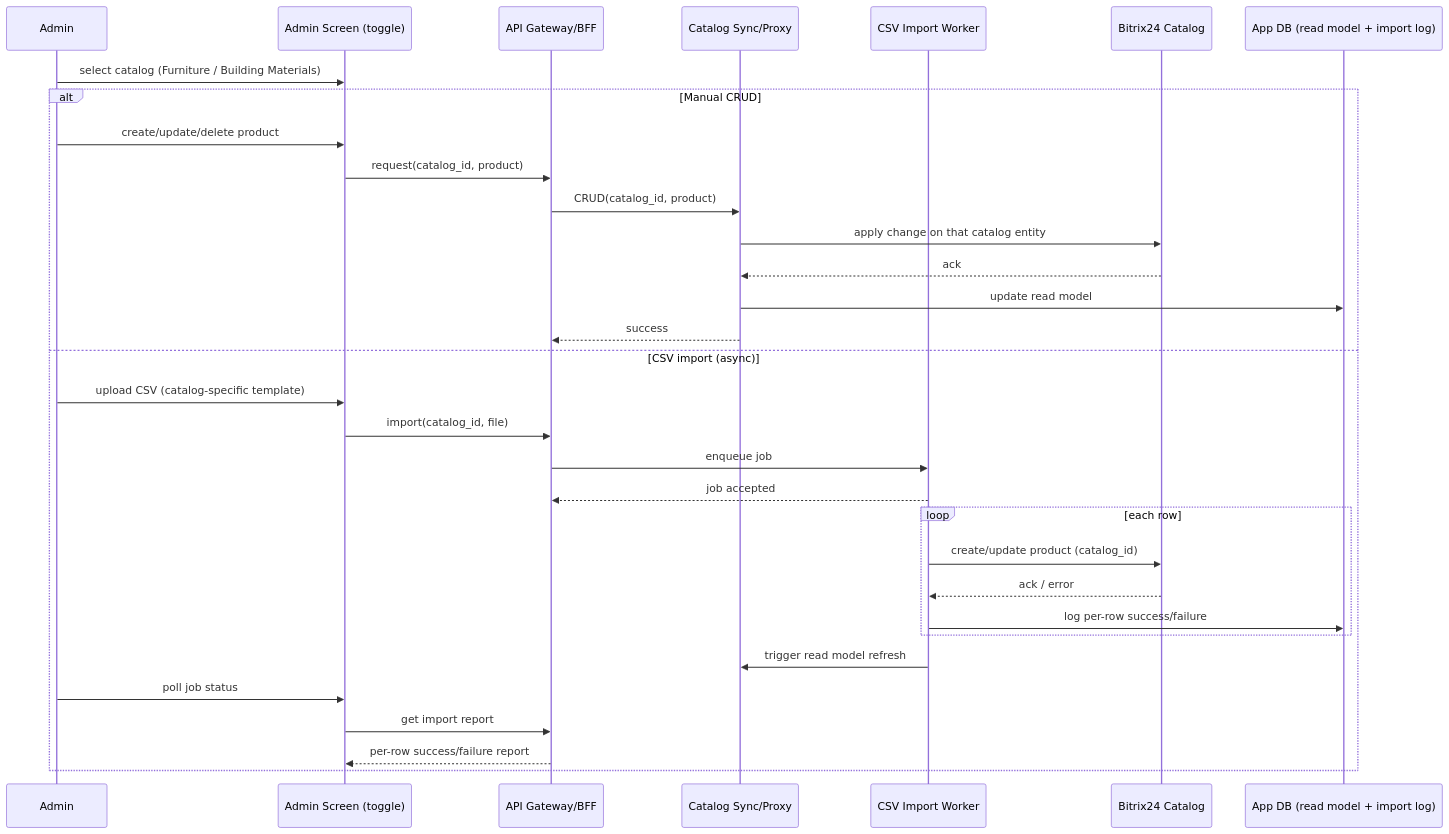
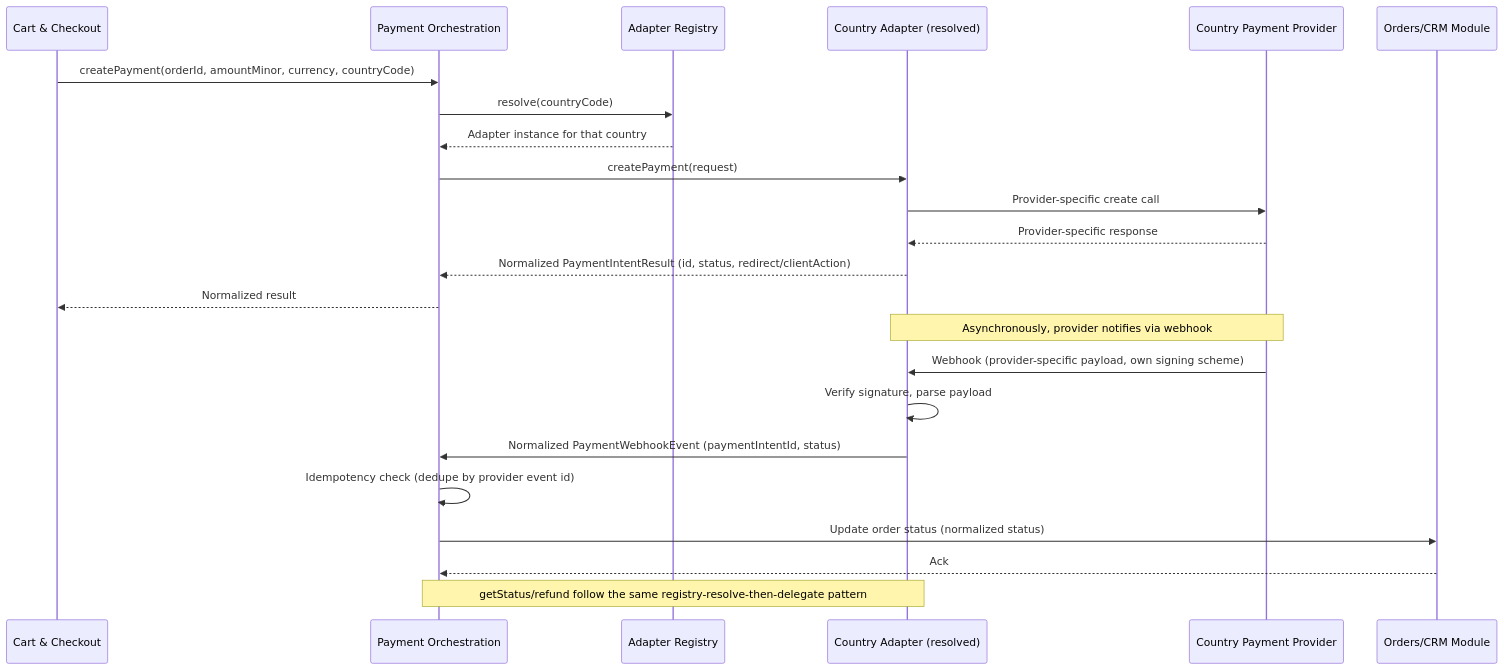
One commit to DzmitryKamashkaInt/business_analysys_pipeline changed the ninth of 10 diagrams in projects/rumica-starter/working/architecture-specification.md. Above: the diagram before and after it, drawn with Mermaid. The commit also changed other lines of this file, not shown here.

Commit message:
rumica-starter: rework architecture specification for custom backend + payment orchestration layer

````diff
--- a/projects/rumica-starter/working/architecture-specification.md
+++ b/projects/rumica-starter/working/architecture-specification.md
@@ -185,35 +270,28 @@
 ```mermaid
 sequenceDiagram
-    participant Admin
-    participant FE as Admin Screen (toggle)
-    participant GW as API Gateway/BFF
-    participant CS as Catalog Sync/Proxy
-    participant CW as CSV Import Worker
-    participant BX as Bitrix24 Catalog
-    participant DB as App DB (read model + import log)
+    participant Cart as Cart & Checkout
+    participant PO as Payment Orchestration
+    participant Reg as Adapter Registry
+    participant Adp as Country Adapter (resolved)
+    participant Prov as Country Payment Provider
+    participant Orders as Orders/CRM Module
 
-    Admin->>FE: select catalog (Furniture / Building Materials)
-    alt Manual CRUD
-        Admin->>FE: create/update/delete product
-        FE->>GW: request(catalog_id, product)
-        GW->>CS: CRUD(catalog_id, product)
-        CS->>BX: apply change on that catalog entity
-        BX-->>CS: ack
-        CS->>DB: update read model
-        CS-->>GW: success
-    else CSV import (async)
-        Admin->>FE: upload CSV (catalog-specific template)
-        FE->>GW: import(catalog_id, file)
-        GW->>CW: enqueue job
-        CW-->>GW: job accepted
-        loop each row
-            CW->>BX: create/update product (catalog_id)
-            BX-->>CW: ack / error
-            CW->>DB: log per-row success/failure
-        end
-        CW->>CS: trigger read model refresh
-        Admin->>FE: poll job status
-        FE->>GW: get import report
-        GW-->>FE: per-row success/failure report
-    end
+    Cart->>PO: createPayment(orderId, amountMinor, currency, countryCode)
+    PO->>Reg: resolve(countryCode)
+    Reg-->>PO: Adapter instance for that country
+    PO->>Adp: createPayment(request)
+    Adp->>Prov: Provider-specific create call
+    Prov-->>Adp: Provider-specific response
+    Adp-->>PO: Normalized PaymentIntentResult (id, status, redirect/clientAction)
+    PO-->>Cart: Normalized result
+
+    Note over Prov,Adp: Asynchronously, provider notifies via webhook
+    Prov->>Adp: Webhook (provider-specific payload, own signing scheme)
+    Adp->>Adp: Verify signature, parse payload
+    Adp->>PO: Normalized PaymentWebhookEvent (paymentIntentId, status)
+    PO->>PO: Idempotency check (dedupe by provider event id)
+    PO->>Orders: Update order status (normalized status)
+    Orders-->>PO: Ack
+
+    Note over PO,Adp: getStatus/refund follow the same registry-resolve-then-delegate pattern
 ```
````
